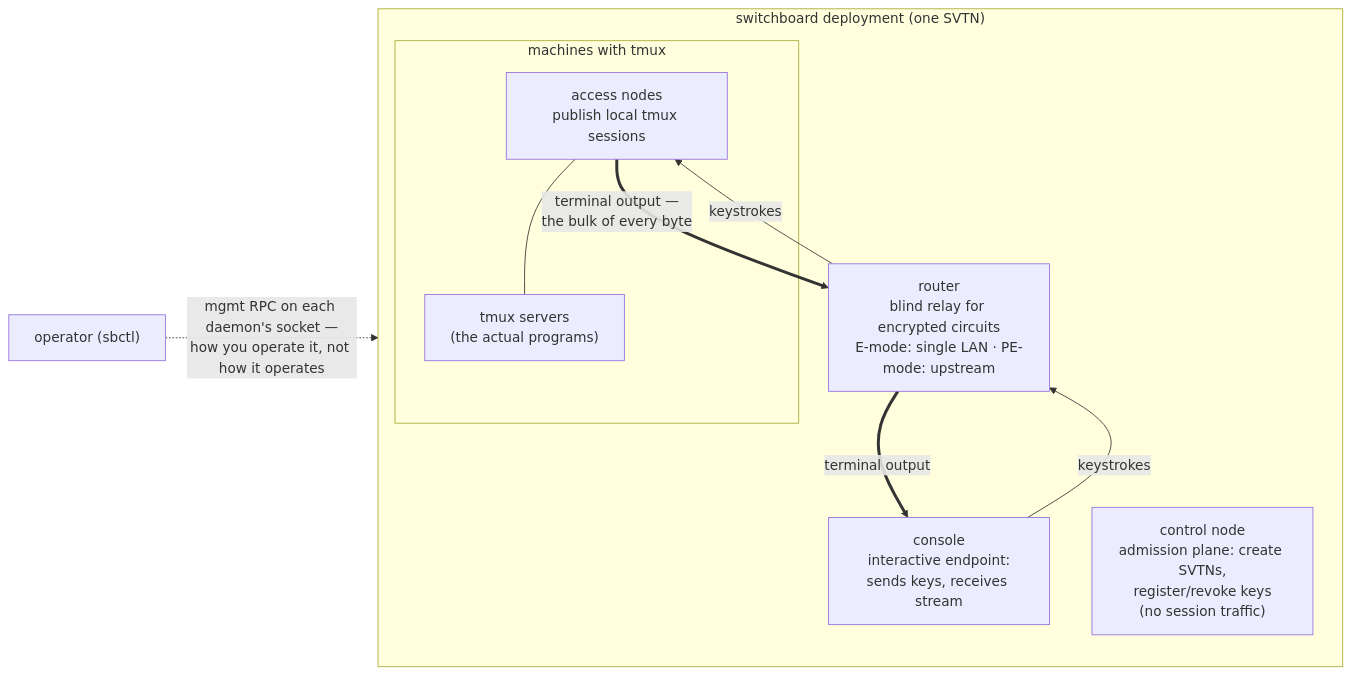
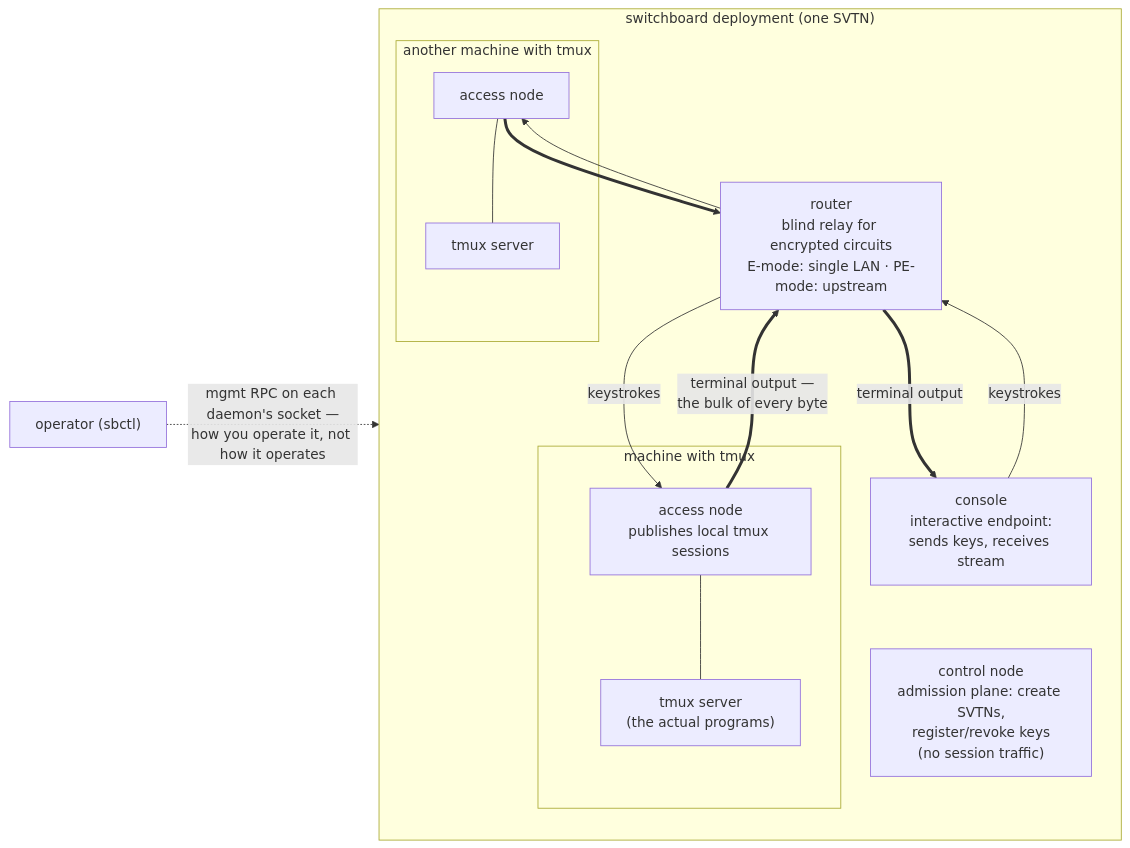
One commit to ArcavenAE/switchboard-blue changed the diagram in examples/README.md. Above: the diagram before and after it, drawn with Mermaid. The commit also changed other lines of this file and 4 other files, not shown here.

First line of the commit message:
docs(diagrams): one box per machine — access node is 1:1 with its computer

````diff
--- a/examples/README.md
+++ b/examples/README.md
@@ -52,17 +52,22 @@
 ```mermaid
 graph LR
     subgraph plane["switchboard deployment (one SVTN)"]
         CN["console<br/>interactive endpoint:<br/>sends keys, receives stream"]
         R["router<br/>blind relay for encrypted circuits<br/>E-mode: single LAN · PE-mode: upstream"]
-        subgraph host["machines with tmux"]
-            AN["access nodes<br/>publish local tmux sessions"]
-            TM["tmux servers<br/>(the actual programs)"]
+        subgraph host1["machine with tmux"]
+            AN["access node<br/>publishes local tmux sessions"]
+            TM["tmux server<br/>(the actual programs)"]
             AN --- TM
+        end
+        subgraph host2["another machine with tmux"]
+            AN2["access node"] --- TM2["tmux server"]
         end
         CT["control node<br/>admission plane: create SVTNs,<br/>register/revoke keys<br/>(no session traffic)"]
     end
 
     CN -- "keystrokes" --> R -- "keystrokes" --> AN
     AN == "terminal output —<br/>the bulk of every byte" ==> R == "terminal output" ==> CN
+    R --> AN2
+    AN2 ==> R
     OP["operator (sbctl)"] -. "mgmt RPC on each daemon's socket —<br/>how you operate it, not how it operates" .-> plane
 ```
````
